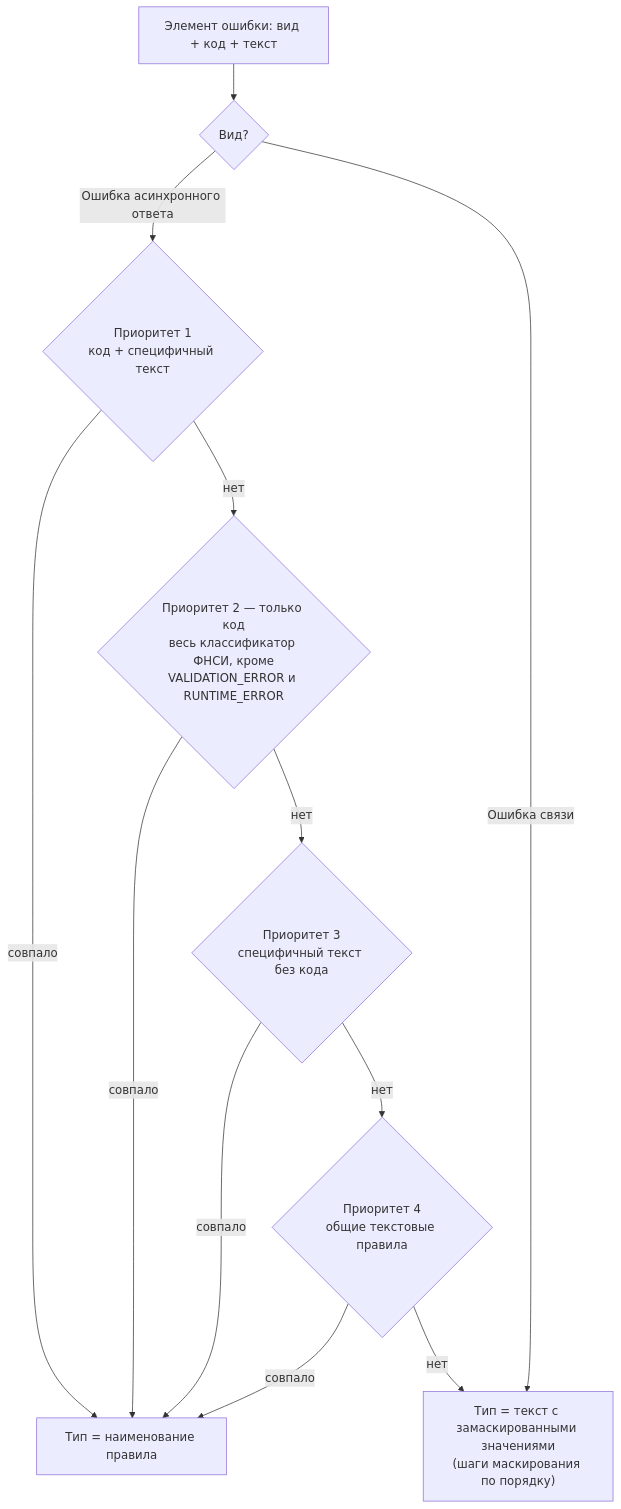
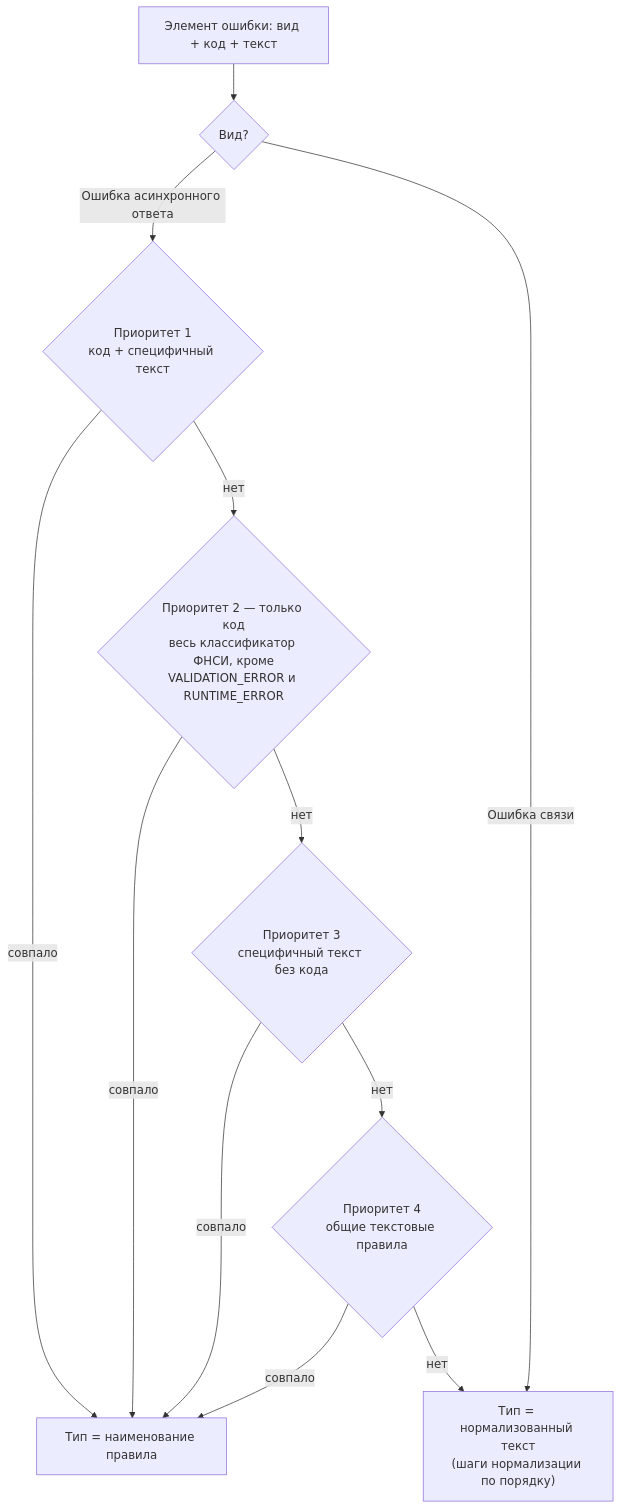
One commit to asaf1n/EGISZ-Proxy-Reports-Airflow changed the sixth of 6 diagrams in README.md. Above: the diagram before and after it, drawn with Mermaid. The commit also changed other lines of this file and 12 other files, not shown here.

````diff
--- a/README.md
+++ b/README.md
@@ -546,18 +546,18 @@
 ```mermaid
 flowchart TD
     A["Элемент ошибки: вид + код + текст"] --> K{"Вид?"}
     K -->|Ошибка асинхронного ответа| P1
     K -->|Ошибка связи| M
 
     P1{"Приоритет 1<br/>код + специфичный текст"} -->|совпало| OUT
     P1 -->|нет| P2
     P2{"Приоритет 2 — только код<br/>весь классификатор ФНСИ, кроме<br/>VALIDATION_ERROR и RUNTIME_ERROR"} -->|совпало| OUT
     P2 -->|нет| P3
     P3{"Приоритет 3<br/>специфичный текст без кода"} -->|совпало| OUT
     P3 -->|нет| P4
     P4{"Приоритет 4<br/>общие текстовые правила"} -->|совпало| OUT
     P4 -->|нет| M
 
     OUT["Тип = наименование правила"]
-    M["Тип = текст с замаскированными значениями<br/>(шаги маскирования по порядку)"]
+    M["Тип = нормализованный текст<br/>(шаги нормализации по порядку)"]
 ```
````
